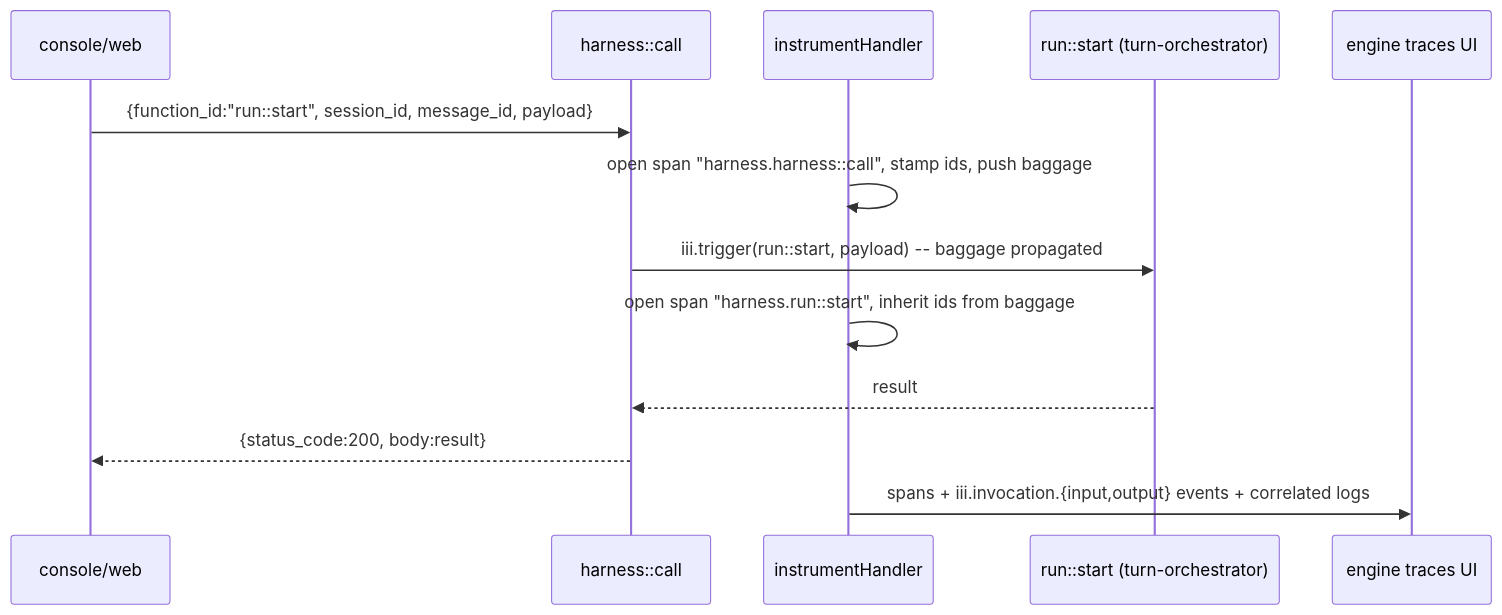
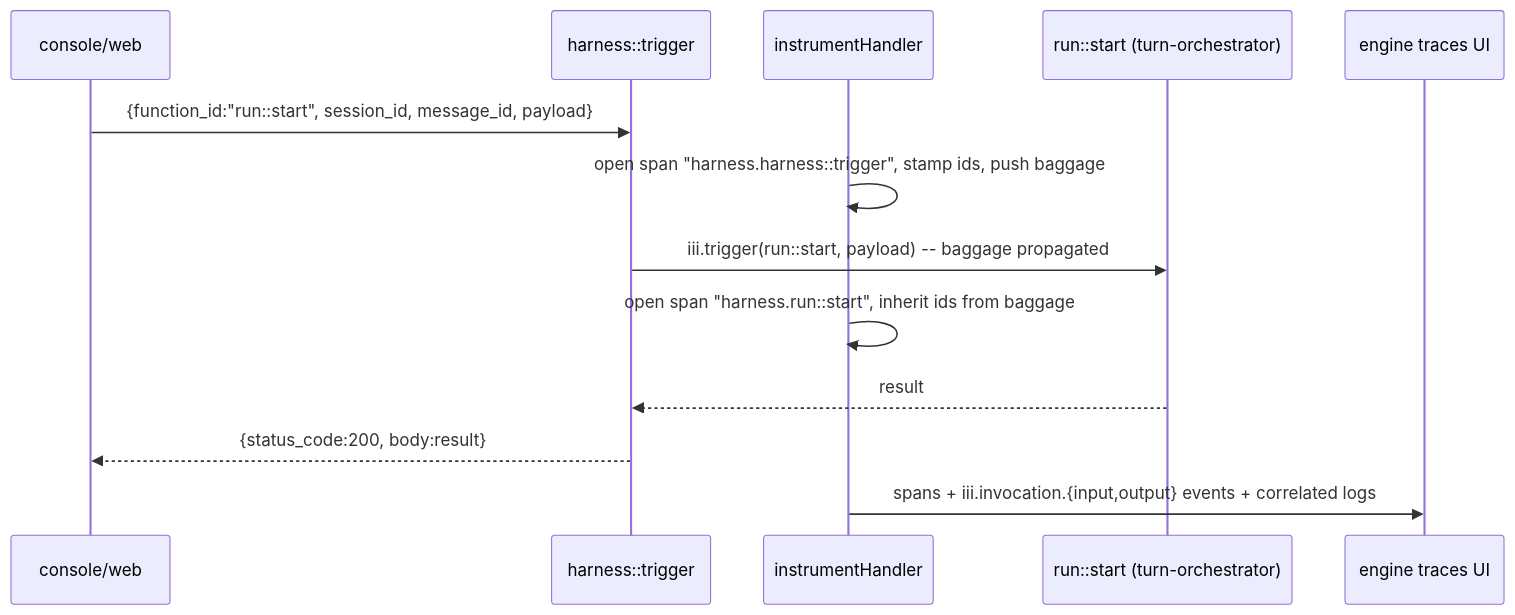
The fifth of 5 diagrams in harness-node/docs/architecture.md (iii-hq/workers), drawn with Mermaid before and after one commit. The commit also changed other lines of this file and 26 other files, not shown here.

First line of the commit message:
Remove harness::status; rename call → trigger (harness + agent) (#172)

````diff
--- a/harness-node/docs/architecture.md
+++ b/harness-node/docs/architecture.md
@@ -277,16 +278,16 @@
 ```mermaid
 sequenceDiagram
   participant Web as console/web
-  participant Call as harness::call
+  participant Bridge as harness::trigger
   participant Wrap as instrumentHandler
   participant Inner as run::start (turn-orchestrator)
   participant Trace as engine traces UI
 
-  Web->>Call: {function_id:"run::start", session_id, message_id, payload}
-  Wrap->>Wrap: open span "harness.harness::call", stamp ids, push baggage
-  Call->>Inner: iii.trigger(run::start, payload) -- baggage propagated
+  Web->>Bridge: {function_id:"run::start", session_id, message_id, payload}
+  Wrap->>Wrap: open span "harness.harness::trigger", stamp ids, push baggage
+  Bridge->>Inner: iii.trigger(run::start, payload) -- baggage propagated
   Wrap->>Wrap: open span "harness.run::start", inherit ids from baggage
-  Inner-->>Call: result
-  Call-->>Web: {status_code:200, body:result}
+  Inner-->>Bridge: result
+  Bridge-->>Web: {status_code:200, body:result}
   Wrap->>Trace: spans + iii.invocation.{input,output} events + correlated logs
 ```
````
